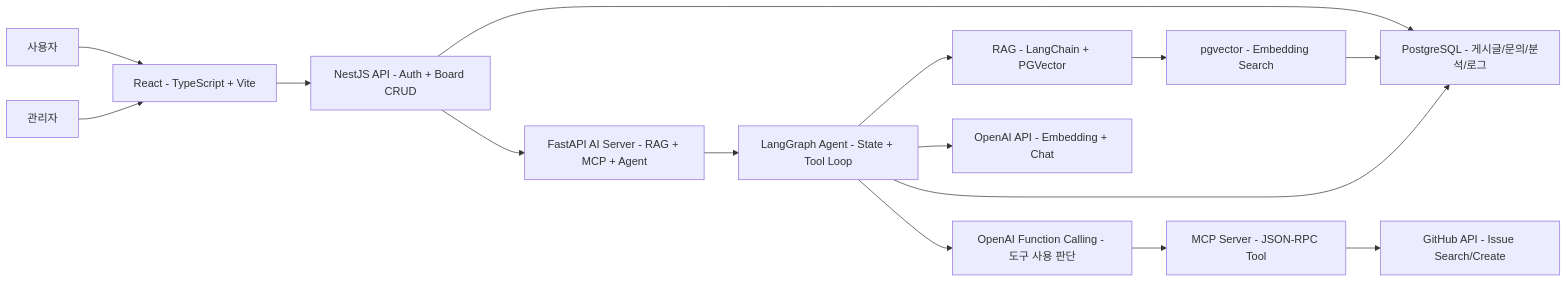
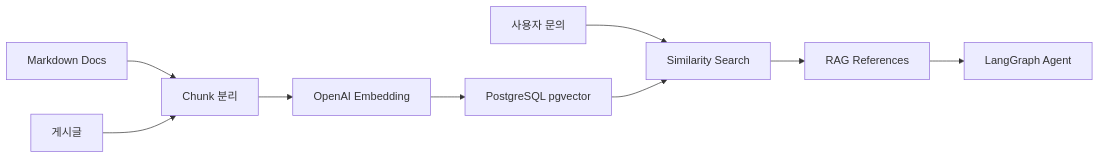
The first of 3 diagrams in README.md (binny0x00/ai-sw-fullstack-note), drawn with Mermaid before and after one commit. The commit also changed other lines of this file and 8 other files, not shown here.

````diff
--- a/README.md
+++ b/README.md
@@ -35,21 +107,11 @@
 ```mermaid
 flowchart LR
-    User["사용자"] --> UI["React - TypeScript + Vite"]
-    Manager["관리자"] --> UI
-
-    UI --> API["NestJS API - Auth + Board CRUD"]
-    API --> DB["PostgreSQL - 게시글/문의/분석/로그"]
-    API --> AI["FastAPI AI Server - RAG + MCP + Agent"]
-
-    AI --> Agent["LangGraph Agent - State + Tool Loop"]
-    Agent --> RAG["RAG - LangChain + PGVector"]
-    RAG --> Vector["pgvector - Embedding Search"]
-    Vector --> DB
-
-    Agent --> Tools["OpenAI Function Calling - 도구 사용 판단"]
-    Agent --> LLM["OpenAI API - Embedding + Chat"]
-    Tools --> MCP["MCP Server - JSON-RPC Tool"]
-    MCP --> GitHub["GitHub API - Issue Search/Create"]
-
-    Agent --> DB
+    Docs["Markdown Docs"] --> Split["Chunk 분리"]
+    Post["게시글"] --> Split
+    Split --> Embedding["OpenAI Embedding"]
+    Embedding --> Vector["PostgreSQL pgvector"]
+    Query["사용자 문의"] --> Search["Similarity Search"]
+    Vector --> Search
+    Search --> Context["RAG References"]
+    Context --> Agent["LangGraph Agent"]
 ```
````
